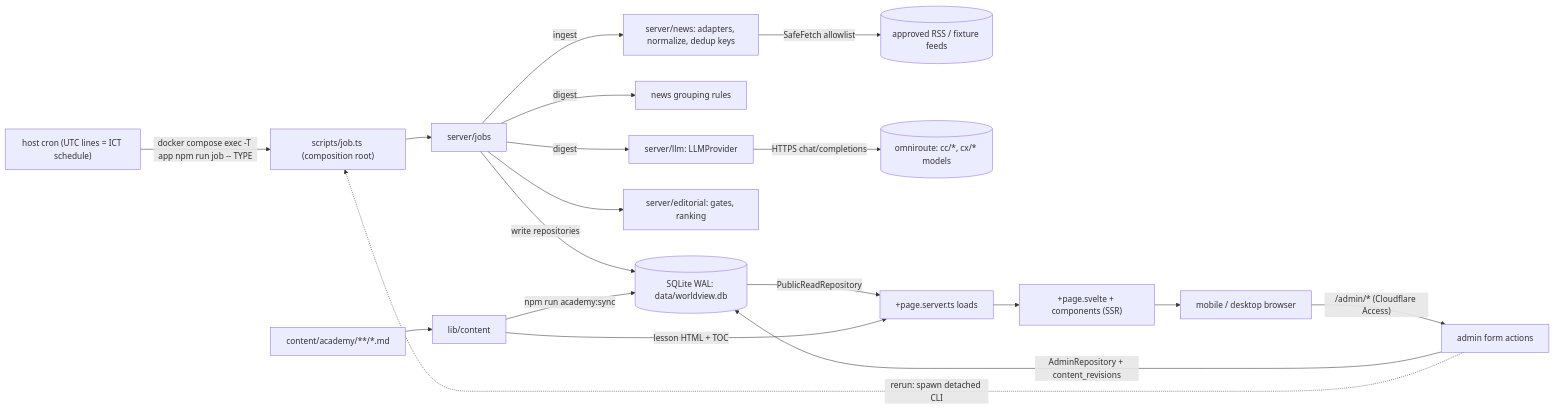
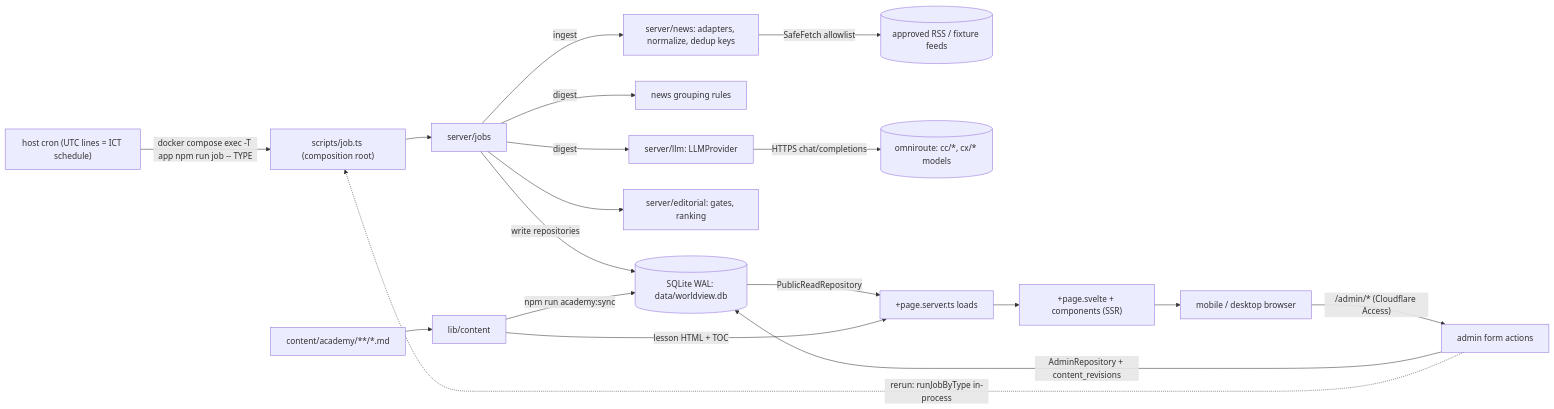
One commit to naredfsk-pg/WORLDVIEW changed the first of 2 diagrams in docs/ARCHITECTURE.md. Above: the diagram before and after it, drawn with Mermaid. The commit also changed other lines of this file and 12 other files, not shown here.

````diff
--- a/docs/ARCHITECTURE.md
+++ b/docs/ARCHITECTURE.md
@@ -65,21 +65,21 @@
 ```mermaid
 flowchart LR
   cron["host cron (UTC lines = ICT schedule)"] -->|"docker compose exec -T app npm run job -- TYPE"| cli["scripts/job.ts (composition root)"]
   cli --> jobs["server/jobs"]
   jobs -->|ingest| news["server/news: adapters, normalize, dedup keys"]
   news -->|SafeFetch allowlist| feeds[("approved RSS / fixture feeds")]
   jobs -->|digest| grouping["news grouping rules"]
   jobs -->|digest| llm["server/llm: LLMProvider"]
   llm -->|"HTTPS chat/completions"| omni[("omniroute: cc/*, cx/* models")]
   jobs --> editorial["server/editorial: gates, ranking"]
   jobs -->|"write repositories"| db[("SQLite WAL: data/worldview.db")]
   md["content/academy/**/*.md"] --> content["lib/content"]
   content -->|"npm run academy:sync"| db
   db -->|"PublicReadRepository"| loads["+page.server.ts loads"]
   content -->|"lesson HTML + TOC"| loads
   loads --> pages["+page.svelte + components (SSR)"]
   pages --> browser["mobile / desktop browser"]
   browser -->|"/admin/* (Cloudflare Access)"| admin["admin form actions"]
   admin -->|"AdminRepository + content_revisions"| db
-  admin -.->|"rerun: spawn detached CLI"| cli
+  admin -.->|"rerun: runJobByType in-process"| cli
 ```
````
